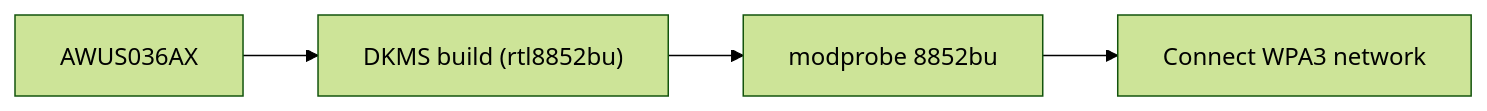
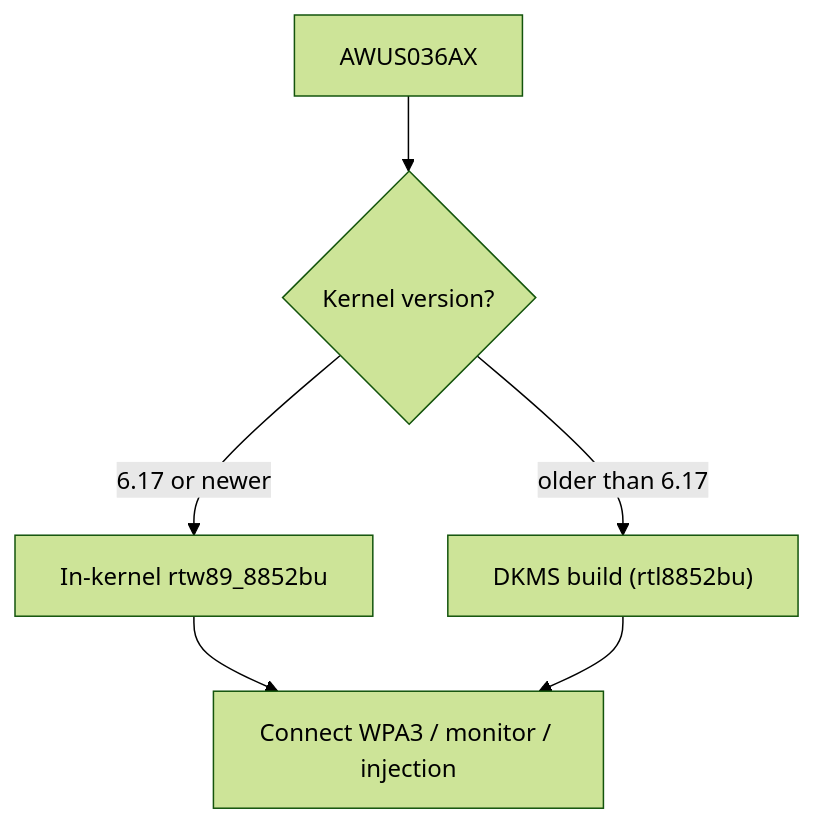
The diagram in docs/01-alfa-network/products/awus036ax/index.md (yopitek/yupitek-wiki), drawn with Mermaid (forest theme) before and after one commit. The commit also changed other lines of this file and 108 other files, not shown here.

````diff
--- a/docs/01-alfa-network/products/awus036ax/index.md
+++ b/docs/01-alfa-network/products/awus036ax/index.md
@@ -49,6 +103,8 @@
 ```mermaid
-flowchart LR
-    A["AWUS036AX"] --> B["DKMS build (rtl8852bu)"]
-    B --> C["modprobe 8852bu"]
-    C --> D["Connect WPA3 network"]
+flowchart TD
+    A["AWUS036AX"] --> B{"Kernel version?"}
+    B -->|"6.17 or newer"| C["In-kernel rtw89_8852bu"]
+    B -->|"older than 6.17"| D["DKMS build (rtl8852bu)"]
+    C --> E["Connect WPA3 / monitor / injection"]
+    D --> E
 ```
````
